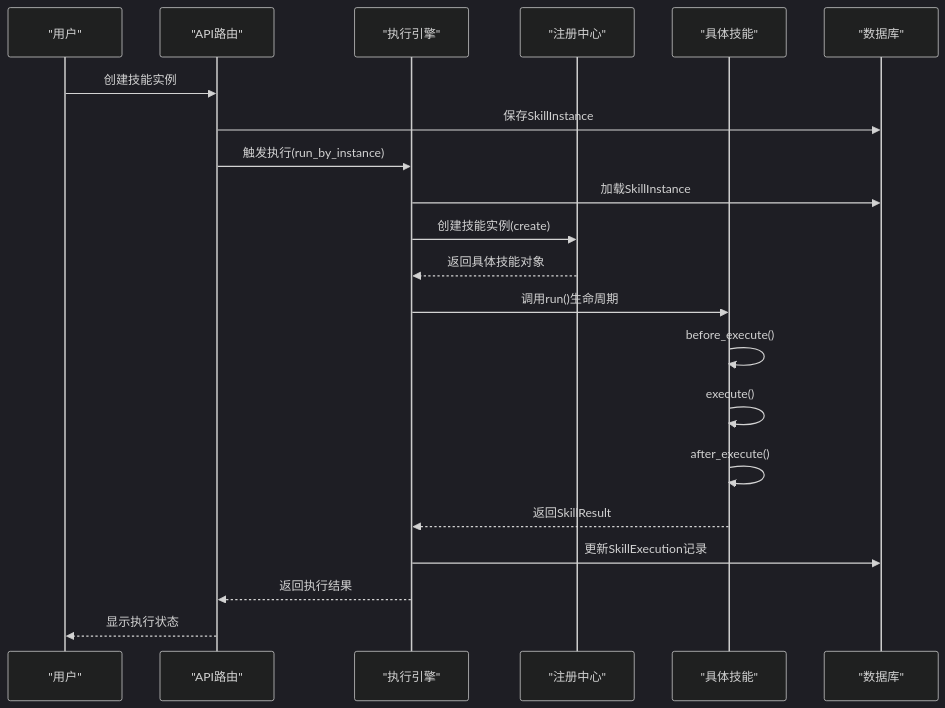
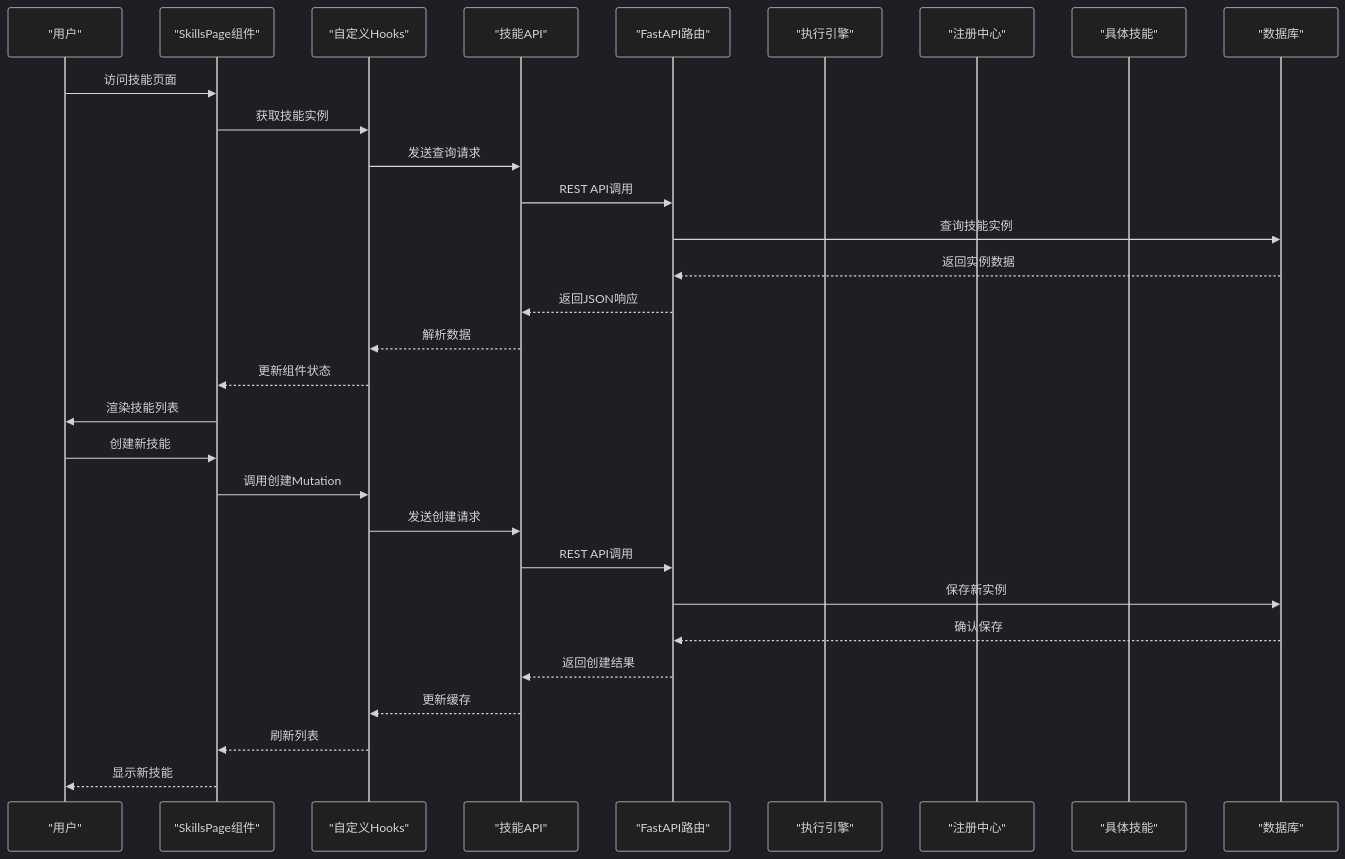
Before and after one commit to jackeyunjie/open-notebook: diagram 16 of 21 in .qoder/repowiki/zh/content/用户指南/技能系统用户指南.md, drawn with Mermaid (dark theme). The commit also changed other lines of this file and 24 other files, not shown here.

````diff
--- a/.qoder/repowiki/zh/content/用户指南/技能系统用户指南.md
+++ b/.qoder/repowiki/zh/content/用户指南/技能系统用户指南.md
@@ -110,23 +720,32 @@
 ```mermaid
 sequenceDiagram
 participant User as "用户"
-participant API as "API路由"
+participant Page as "SkillsPage组件"
+participant Hooks as "自定义Hooks"
+participant API as "技能API"
+participant Router as "FastAPI路由"
 participant Runner as "执行引擎"
 participant Registry as "注册中心"
 participant Skill as "具体技能"
 participant DB as "数据库"
-User->>API : 创建技能实例
-API->>DB : 保存SkillInstance
-API->>Runner : 触发执行(run_by_instance)
-Runner->>DB : 加载SkillInstance
-Runner->>Registry : 创建技能实例(create)
-Registry-->>Runner : 返回具体技能对象
-Runner->>Skill : 调用run()生命周期
-Skill->>Skill : before_execute()
-Skill->>Skill : execute()
-Skill->>Skill : after_execute()
-Skill-->>Runner : 返回SkillResult
-Runner->>DB : 更新SkillExecution记录
-Runner-->>API : 返回执行结果
-API-->>User : 显示执行状态
+User->>Page : 访问技能页面
+Page->>Hooks : 获取技能实例
+Hooks->>API : 发送查询请求
+API->>Router : REST API调用
+Router->>DB : 查询技能实例
+DB-->>Router : 返回实例数据
+Router-->>API : 返回JSON响应
+API-->>Hooks : 解析数据
+Hooks-->>Page : 更新组件状态
+Page->>User : 渲染技能列表
+User->>Page : 创建新技能
+Page->>Hooks : 调用创建Mutation
+Hooks->>API : 发送创建请求
+API->>Router : REST API调用
+Router->>DB : 保存新实例
+DB-->>Router : 确认保存
+Router-->>API : 返回创建结果
+API-->>Hooks : 更新缓存
+Hooks-->>Page : 刷新列表
+Page-->>User : 显示新技能
 ```
````
